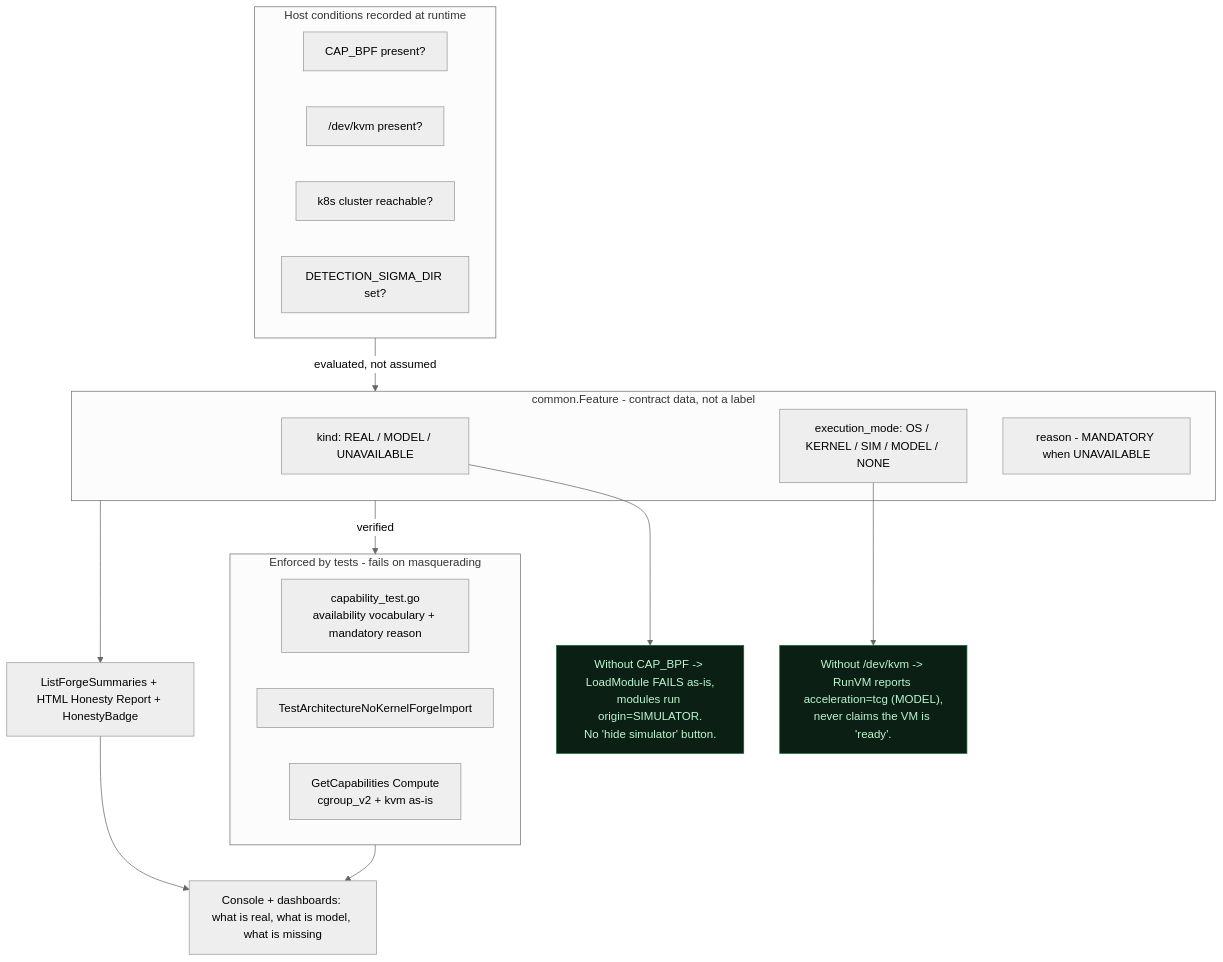
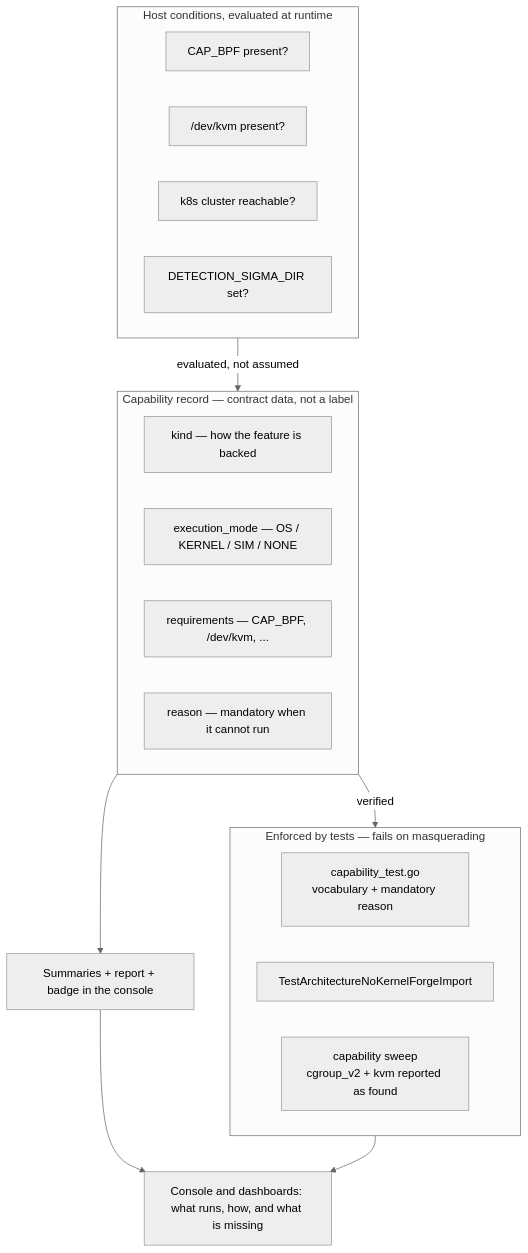
Before and after one commit to renaldyhidayatt/renaldyhidayatt.github.io: the fourth of 7 diagrams in src/content/portfolio/pieroloka-golang.mdx, drawn with Mermaid (neutral theme). The commit also changed other lines of this file and 2 other files, not shown here.

First line of the commit message:
Add mini-sandbox-rust documentation: Kernel-Enforced Security Platform

````diff
--- a/src/content/portfolio/pieroloka-golang.mdx
+++ b/src/content/portfolio/pieroloka-golang.mdx
@@ -281,33 +228,28 @@
 ```mermaid
 flowchart TD
-    subgraph HOST["Host conditions recorded at runtime"]
+    subgraph HOST["Host conditions, evaluated at runtime"]
         CAPB["CAP_BPF present?"]
         KVM["/dev/kvm present?"]
         K8S["k8s cluster reachable?"]
         SIGDIR["DETECTION_SIGMA_DIR set?"]
     end
 
-    subgraph FEAT["common.Feature - contract data, not a label"]
-        KIND["kind: REAL / MODEL / UNAVAILABLE"]
-        MODE["execution_mode: OS / KERNEL / SIM / MODEL / NONE"]
-        REASON["reason - MANDATORY when UNAVAILABLE"]
+    subgraph FEAT["Capability record — contract data, not a label"]
+        KIND["kind — how the feature is backed"]
+        MODE["execution_mode — OS / KERNEL / SIM / NONE"]
+        REQ["requirements — CAP_BPF, /dev/kvm, ..."]
+        REASON["reason — mandatory when it cannot run"]
     end
 
-    subgraph GATE["Enforced by tests - fails on masquerading"]
-        T1["capability_test.go<br/>availability vocabulary + mandatory reason"]
+    subgraph GATE["Enforced by tests — fails on masquerading"]
+        T1["capability_test.go<br/>vocabulary + mandatory reason"]
         T2["TestArchitectureNoKernelForgeImport"]
-        T4["GetCapabilities Compute<br/>cgroup_v2 + kvm as-is"]
+        T3["capability sweep<br/>cgroup_v2 + kvm reported as found"]
     end
 
     HOST -->|"evaluated, not assumed"| FEAT
     FEAT -->|"verified"| GATE
-    FEAT --> AGG["ListForgeSummaries + HTML Honesty Report + HonestyBadge"]
-    AGG --> UI["Console + dashboards: what is real, what is model, what is missing"]
+    FEAT --> AGG["Summaries + report + badge in the console"]
+    AGG --> UI["Console and dashboards: what runs, how, and what is missing"]
     GATE --> UI
-
-    EX1["Without CAP_BPF -> LoadModule FAILS as-is,<br/>modules run origin=SIMULATOR.<br/>No 'hide simulator' button."]:::ok
-    EX2["Without /dev/kvm -> RunVM reports acceleration=tcg (MODEL),<br/>never claims the VM is 'ready'."]:::ok
-    KIND --> EX1
-    MODE --> EX2
-    classDef ok fill:#0b1f14,stroke:#166534,color:#bbf7d0
 ```
````
